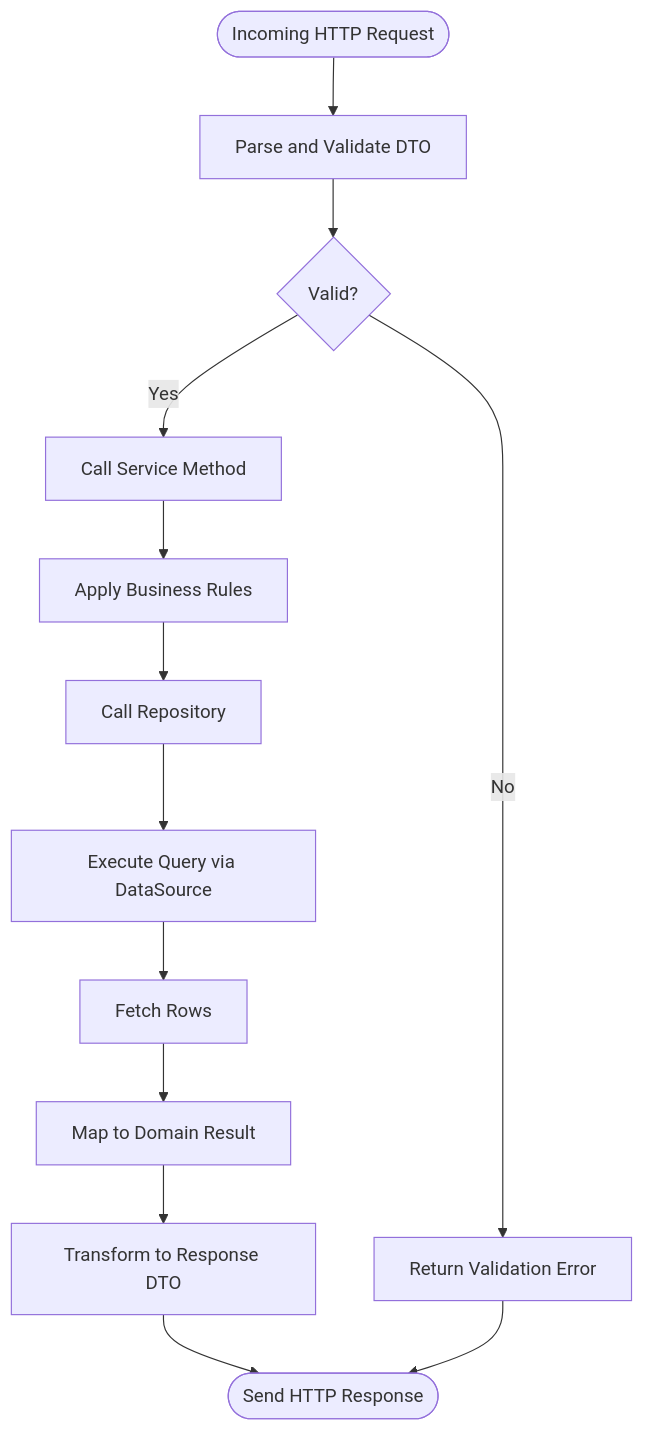
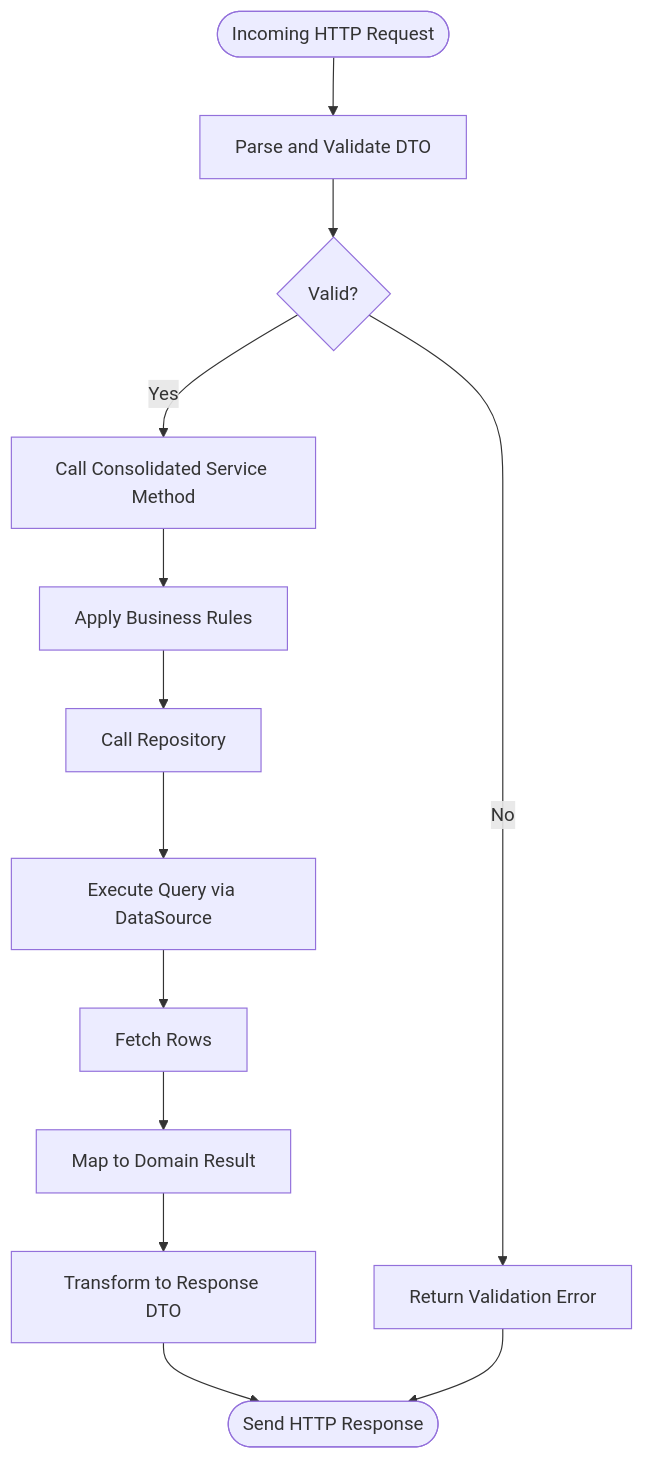
One commit to franckylab/eLISAschool changed the third of 5 diagrams in .qoder/repowiki/en/content/System Architecture/Backend Architecture/Layered Architecture & Components.md. Above: the diagram before and after it, drawn with Mermaid. The commit also changed other lines of this file and 101 other files, not shown here.

First line of the commit message:
docs(architecture): document refonte de l’architecture backend et améliorations frontend

````diff
--- a/.qoder/repowiki/en/content/System Architecture/Backend Architecture/Layered Architecture & Components.md
+++ b/.qoder/repowiki/en/content/System Architecture/Backend Architecture/Layered Architecture & Components.md
@@ -133,15 +144,15 @@
 ```mermaid
 flowchart TD
 Start(["Incoming HTTP Request"]) --> Parse["Parse and Validate DTO"]
 Parse --> Valid{"Valid?"}
 Valid -- "No" --> ErrResp["Return Validation Error"]
-Valid -- "Yes" --> CallSvc["Call Service Method"]
+Valid -- "Yes" --> CallSvc["Call Consolidated Service Method"]
 CallSvc --> BizLogic["Apply Business Rules"]
 BizLogic --> RepoCall["Call Repository"]
 RepoCall --> Query["Execute Query via DataSource"]
 Query --> Rows["Fetch Rows"]
 Rows --> MapResult["Map to Domain Result"]
 MapResult --> RespDTO["Transform to Response DTO"]
 RespDTO --> End(["Send HTTP Response"])
 ErrResp --> End
 ```
````
